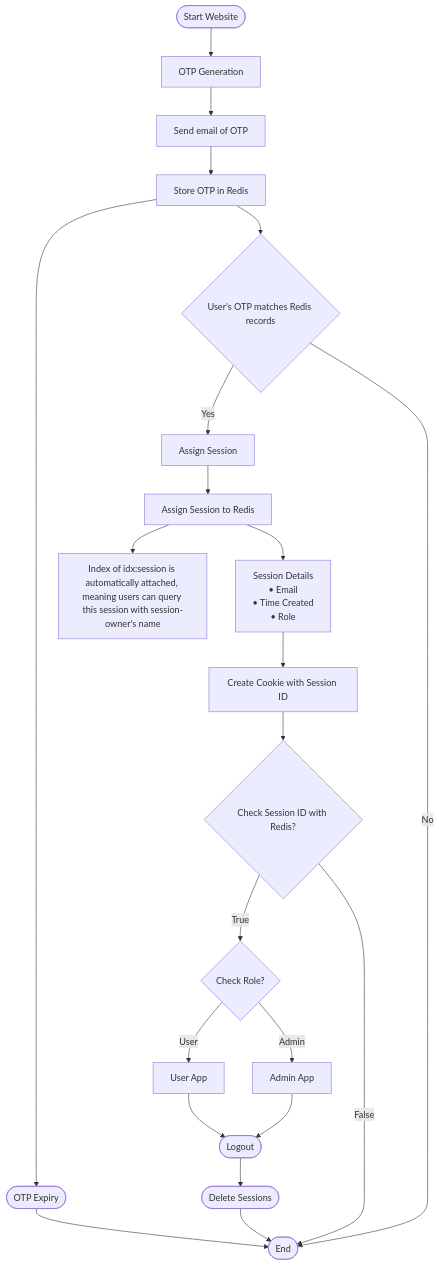
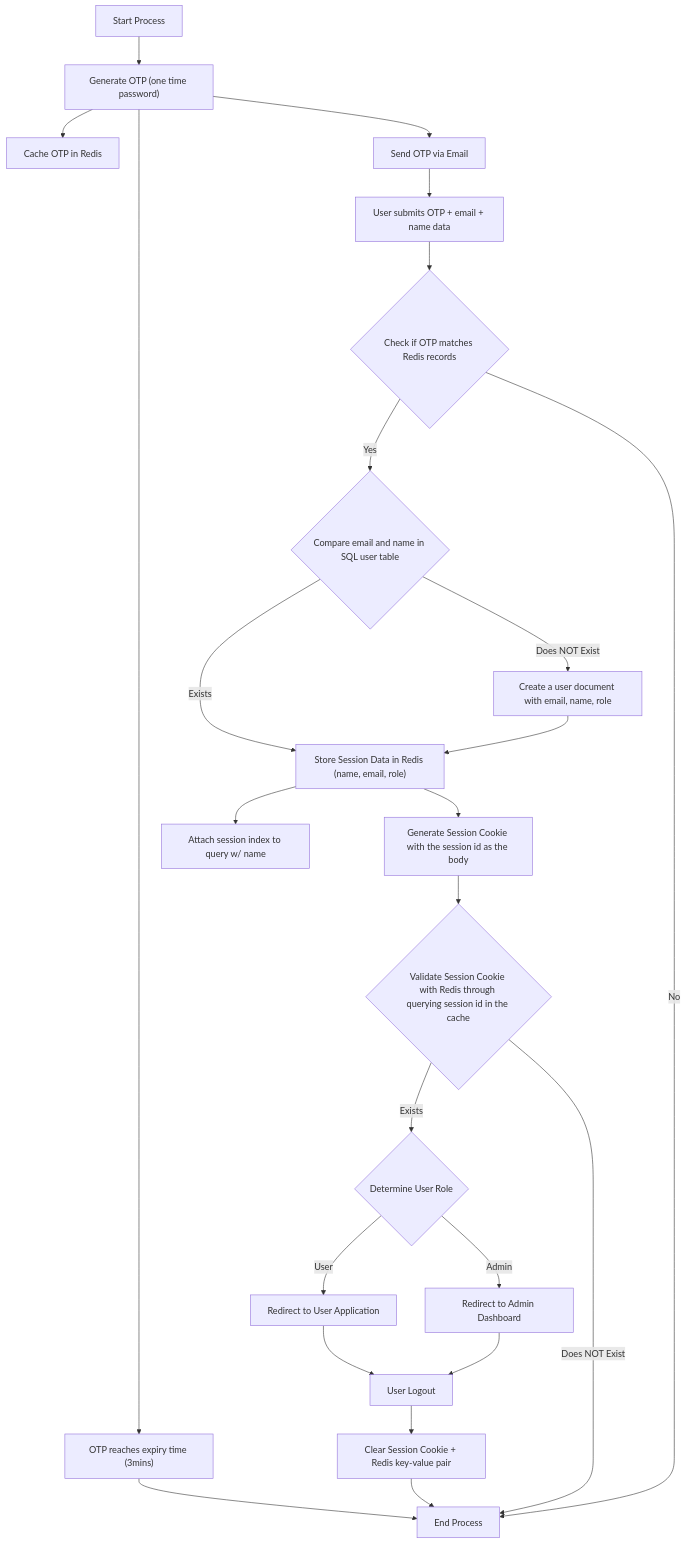
Before and after one commit to Hemit99123/stocksavvy-software-designs: the diagram in authflow.md, drawn with Mermaid.

````diff
--- a/authflow.md
+++ b/authflow.md
@@ -17,29 +17,26 @@
 ```mermaid 
-flowchart 
-    A([Start Website]) --> B[OTP Generation]
-    B --> KJ[Send email of OTP]
-    KJ --> C[Store OTP in Redis]
-    C --> D([OTP Expiry])
-    D --> O([End])
-  
-    C --> E{User's OTP matches Redis records}
-    E -- Yes --> F[Assign Session]
-    E -- No --> O
-  
-    F --> G[Assign Session to Redis]
-    G --> HN[Index of idx:session is automatically attached, meaning users can query this session with session-owner's name]
-    G --> H[Session Details<br/>• Email<br/>• Time Created<br/>• Role]
-    H --> I[Create Cookie with Session ID]
-    I --> J{Check Session ID with Redis?}
-    J -- True --> K{Check Role?}
-    J -- False --> O
-  
-    K -- User --> L[User App]
-    K -- Admin --> M[Admin App]
-    L --> N([Logout])
-    M --> N
-    N --> P([Delete Sessions])
-    P --> O
+flowchart TB
+    Start["Start Process"] --> GenerateOTP["Generate OTP (one time password)"]
+    GenerateOTP --> CacheOTP["Cache OTP in Redis"] & OTPExpiry["OTP reaches expiry time (3mins)"] & SendOTP["Send OTP via Email"]
+    OTPExpiry --> End["End Process"]
+    SendOTP --> UserSubmit["User submits OTP + email + name data"]
+    UserSubmit --> ValidateOTP{"Check if OTP matches Redis records"}
+    ValidateOTP -- Yes --> CheckDatabase{Compare email and name in SQL user table}
+    ValidateOTP -- No --> End
 
 
+    CheckDatabase -- Exists --> StoreSession["Store Session Data in Redis (name, email, role)"]
+    CheckDatabase -- Does NOT Exist --> CreateUser["Create a user document with email, name, role"]
+    CreateUser --> StoreSession
+
+    StoreSession --> AttachIndex["Attach session index to query w/ name"] & CreateCookie["Generate Session Cookie with the session id as the body"]
+    CreateCookie --> ValidateCookie{"Validate Session Cookie with Redis through querying session id in the cache"}
+    ValidateCookie -- Exists --> CheckRole{"Determine User Role"}
+    ValidateCookie -- Does NOT Exist --> End
+    CheckRole -- User --> UserApp["Redirect to User Application"]
+    CheckRole -- Admin --> AdminApp["Redirect to Admin Dashboard"]
+    UserApp --> Logout["User Logout"]
+    AdminApp --> Logout
+    Logout --> DeleteSession["Clear Session Cookie + Redis key-value pair"]
+    DeleteSession --> End
 ```
````
